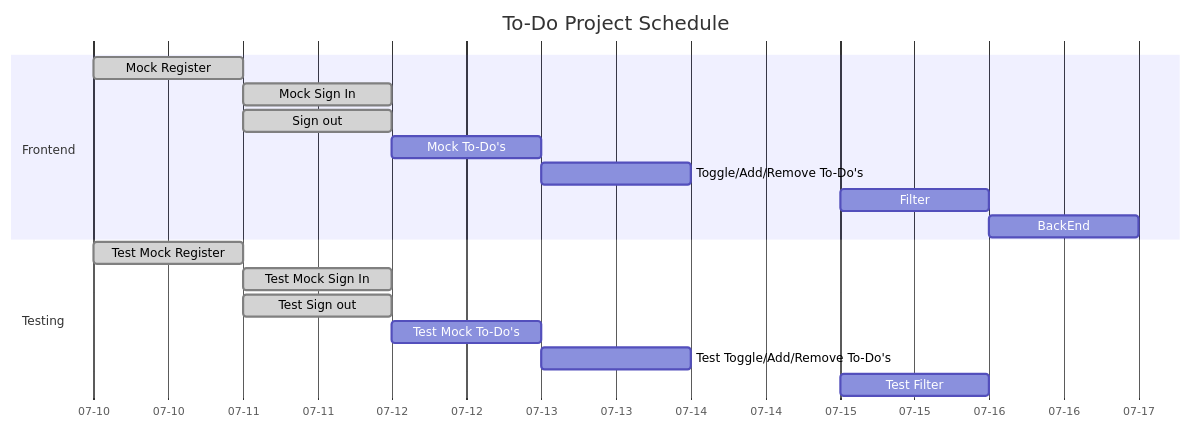
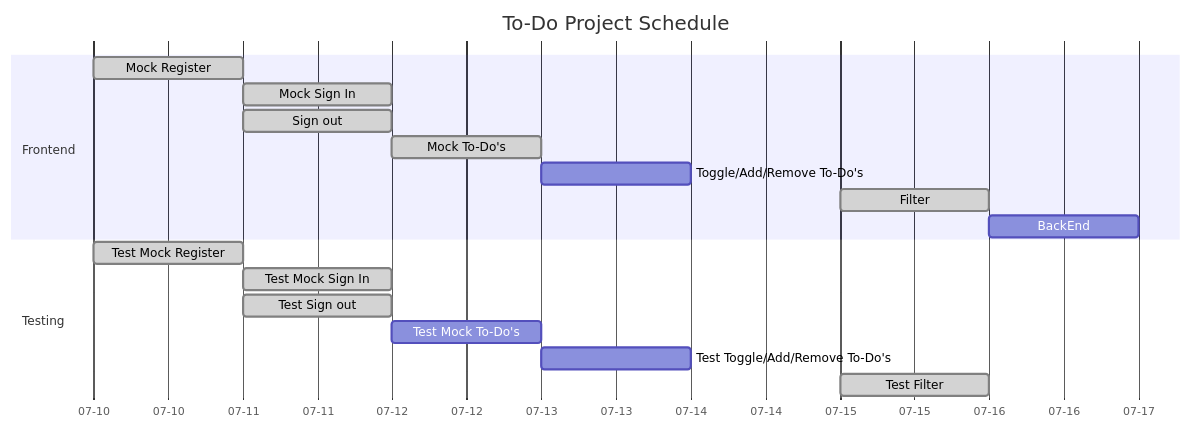
One commit to RafaelM011/ToDo-FrontEnd changed the diagram in README.md. Above: the diagram before and after it, drawn with Mermaid. The commit also changed other lines of this file, not shown here.

Commit message:
readme update

````diff
--- a/README.md
+++ b/README.md
@@ -23,23 +23,23 @@
 ```mermaid
     gantt 
         title To-Do Project Schedule
         dateFormat MM-DD
         axisFormat %m-%d
         
         section Frontend
             Mock Register                   :done, 07-10, 1d
             Mock Sign In                    :done, 07-11, 1d
             Sign out                        :done, 07-11, 1d
-            Mock To-Do's                    :07-12, 1d
+            Mock To-Do's                    :done, 07-12, 1d
             Toggle/Add/Remove To-Do's       :07-13, 1d
-            Filter                          :07-15, 1d
+            Filter                          :done, 07-15, 1d
             BackEnd                         :07-16, 1d
 
         section Testing
             Test Mock Register              :done, 07-10, 1d
             Test Mock Sign In               :done, 07-11, 1d
             Test Sign out                   :done, 07-11, 1d
             Test Mock To-Do's               :07-12, 1d
             Test Toggle/Add/Remove To-Do's  :07-13, 1d
-            Test Filter                     :07-15,1d
+            Test Filter                     :done, 07-15,1d
 ```
````
